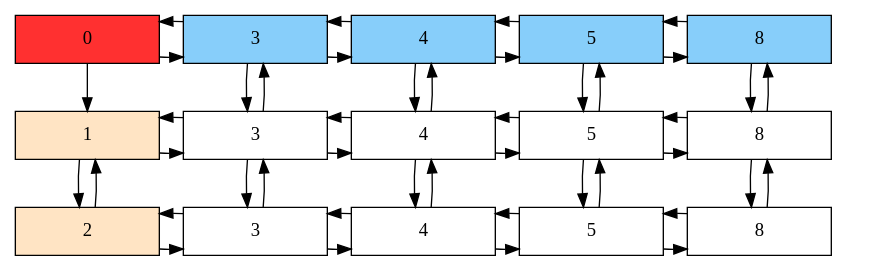
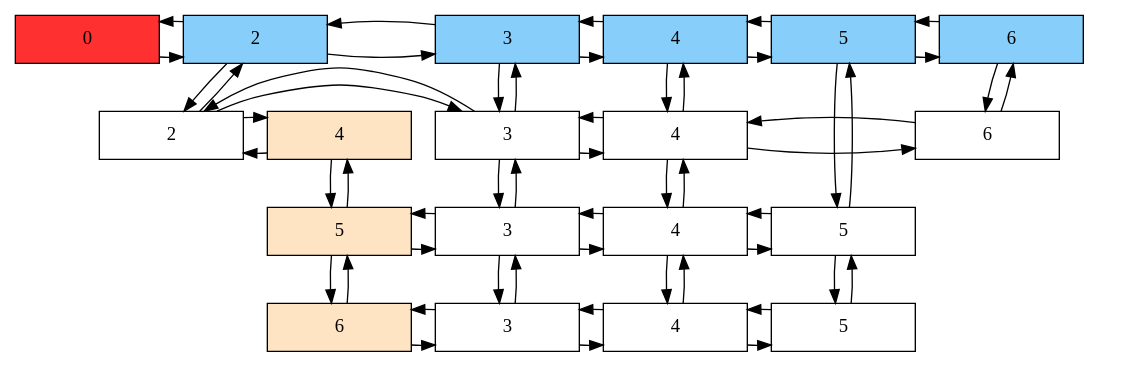
One commit to EdsonArmando/EDD_2S2019_PY1_201701029 changed the diagram in cmake-build-debug/matrix.dot. Above: the diagram before and after it, drawn with Graphviz. The commit also changed 21 other files, not shown here.

```diff
--- a/cmake-build-debug/matrix.dot
+++ b/cmake-build-debug/matrix.dot
@@ -1,72 +1,89 @@
 digraph Sparce_Matrix {
  node [shape=box]
   Mt[ label = "0", width = 1.5, style = filled, fillcolor = firebrick1, group = 1 ];
 e0[ shape = point, width = 0 ];
  e1[ shape = point, width = 0 ];
-Mt->U1
-U1[label = "1" pos = "5.3,3.5!" width = 1.5 style = filled, fillcolor = bisque1, group = 1 ];
-U1 -> N3_L1
-N3_L1 ->U1
-U1 -> U2
-U2 -> U1
-N3_L1 -> N3_L2
-N3_L2 -> N3_L1
-N3_L1[label = "3" width = 1.5, group = 2 ];
-{ rank = same; U1;N3_L1; }
-N3_L1 -> N4_L1
-N4_L1 -> N3_L1
-N4_L1 -> N4_L2
-N4_L2 -> N4_L1
-N4_L1[label = "4" width = 1.5, group = 2 ];
-{ rank = same; U1;N4_L1; }
-N4_L1 -> N5_L1
-N5_L1 -> N4_L1
-N5_L1 -> N5_L2
-N5_L2 -> N5_L1
-N5_L1[label = "5" width = 1.5, group = 2 ];
-{ rank = same; U1;N5_L1; }
-N5_L1 -> N8_L1
-N8_L1 -> N5_L1
-N8_L1 -> N8_L2
-N8_L2 -> N8_L1
-N8_L1[label = "8" width = 1.5, group = 2 ];
-{ rank = same; U1;N8_L1; }
-U2[label = "2" pos = "5.3,3.5!" width = 1.5 style = filled, fillcolor = bisque1, group = 1 ];
-U2 -> N3_L2
-N3_L2 ->U2
-N3_L2[label = "3" width = 1.5, group = 2 ];
-{ rank = same; U2;N3_L2; }
-N3_L2 -> N4_L2
-N4_L2 -> N3_L2
-N4_L2[label = "4" width = 1.5, group = 2 ];
-{ rank = same; U2;N4_L2; }
-N4_L2 -> N5_L2
-N5_L2 -> N4_L2
-N5_L2[label = "5" width = 1.5, group = 2 ];
-{ rank = same; U2;N5_L2; }
-N5_L2 -> N8_L2
-N8_L2 -> N5_L2
-N8_L2[label = "8" width = 1.5, group = 2 ];
-{ rank = same; U2;N8_L2; }
-Mt->A3
-A3->Mt
+U4[label = "4" pos = "5.3,3.5!" width = 1.5 style = filled, fillcolor = bisque1, group = 1 ];
+U4 -> N2_L4
+N2_L4 ->U4
+U4 -> U5
+U5 -> U4
+N2_L4[label = "2" width = 1.5, group = 2 ];
+{ rank = same; U4;N2_L4; }
+N2_L4 -> N3_L4
+N3_L4 -> N2_L4
+N3_L4 -> N3_L5
+N3_L5 -> N3_L4
+N3_L4[label = "3" width = 1.5, group = 2 ];
+{ rank = same; U4;N3_L4; }
+N3_L4 -> N4_L4
+N4_L4 -> N3_L4
+N4_L4 -> N4_L5
+N4_L5 -> N4_L4
+N4_L4[label = "4" width = 1.5, group = 2 ];
+{ rank = same; U4;N4_L4; }
+N4_L4 -> N6_L4
+N6_L4 -> N4_L4
+N6_L4[label = "6" width = 1.5, group = 2 ];
+{ rank = same; U4;N6_L4; }
+U5[label = "5" pos = "5.3,3.5!" width = 1.5 style = filled, fillcolor = bisque1, group = 1 ];
+U5 -> N3_L5
+N3_L5 ->U5
+U5 -> U6
+U6 -> U5
+N3_L5 -> N3_L6
+N3_L6 -> N3_L5
+N3_L5[label = "3" width = 1.5, group = 2 ];
+{ rank = same; U5;N3_L5; }
+N3_L5 -> N4_L5
+N4_L5 -> N3_L5
+N4_L5 -> N4_L6
+N4_L6 -> N4_L5
+N4_L5[label = "4" width = 1.5, group = 2 ];
+{ rank = same; U5;N4_L5; }
+N4_L5 -> N5_L5
+N5_L5 -> N4_L5
+N5_L5 -> N5_L6
+N5_L6 -> N5_L5
+N5_L5[label = "5" width = 1.5, group = 2 ];
+{ rank = same; U5;N5_L5; }
+U6[label = "6" pos = "5.3,3.5!" width = 1.5 style = filled, fillcolor = bisque1, group = 1 ];
+U6 -> N3_L6
+N3_L6 ->U6
+N3_L6[label = "3" width = 1.5, group = 2 ];
+{ rank = same; U6;N3_L6; }
+N3_L6 -> N4_L6
+N4_L6 -> N3_L6
+N4_L6[label = "4" width = 1.5, group = 2 ];
+{ rank = same; U6;N4_L6; }
+N4_L6 -> N5_L6
+N5_L6 -> N4_L6
+N5_L6[label = "5" width = 1.5, group = 2 ];
+{ rank = same; U6;N5_L6; }
+Mt->A2
+A2->Mt
+A2[label = "2"   width = 1.5 style = filled, fillcolor = lightskyblue, group = 2 ];
+A2 -> N2_L4
+N2_L4 -> A2
+A2 -> A3
+A3 -> A2
 A3[label = "3"   width = 1.5 style = filled, fillcolor = lightskyblue, group = 2 ];
-A3 -> N3_L1
-N3_L1 -> A3
+A3 -> N3_L4
+N3_L4 -> A3
 A3 -> A4
 A4 -> A3
 A4[label = "4"   width = 1.5 style = filled, fillcolor = lightskyblue, group = 2 ];
-A4 -> N4_L1
-N4_L1 -> A4
+A4 -> N4_L4
+N4_L4 -> A4
 A4 -> A5
 A5 -> A4
 A5[label = "5"   width = 1.5 style = filled, fillcolor = lightskyblue, group = 2 ];
-A5 -> N5_L1
-N5_L1 -> A5
-A5 -> A8
-A8 -> A5
-A8[label = "8"   width = 1.5 style = filled, fillcolor = lightskyblue, group = 2 ];
-A8 -> N8_L1
-N8_L1 -> A8
- { rank = same; Mt;A3;A4;A5;A8;}
+A5 -> N5_L5
+N5_L5 -> A5
+A5 -> A6
+A6 -> A5
+A6[label = "6"   width = 1.5 style = filled, fillcolor = lightskyblue, group = 2 ];
+A6 -> N6_L4
+N6_L4 -> A6
+ { rank = same; Mt;A2;A3;A4;A5;A6;}
 }
```
